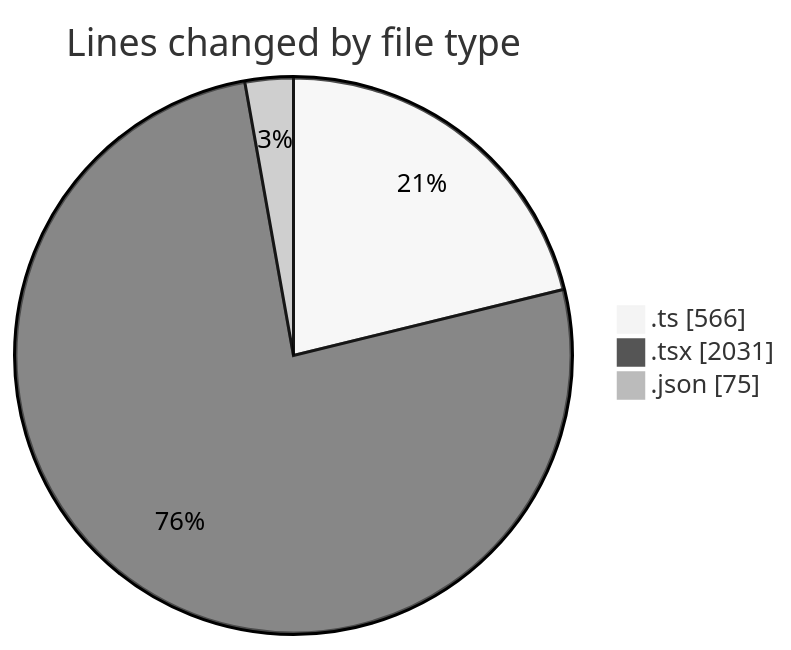
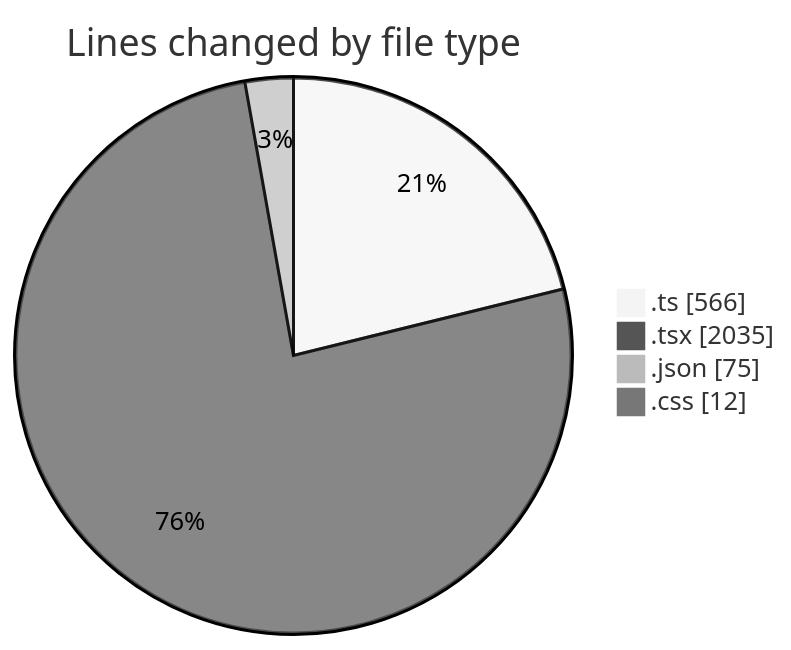
The first of 2 diagrams in 2025-01-27/termonied-web/README.md (robertbonfada/code-tracking), drawn with Mermaid (neutral theme) before and after one commit. The commit also changed other lines of this file and 1 other file, not shown here.

````diff
--- a/2025-01-27/termonied-web/README.md
+++ b/2025-01-27/termonied-web/README.md
@@ -28,7 +29,8 @@
 ```mermaid
 pie showData
 title Lines changed by file type
 ".ts" : 566
-".tsx" : 2031
+".tsx" : 2035
 ".json" : 75
+".css" : 12
 ```
````
